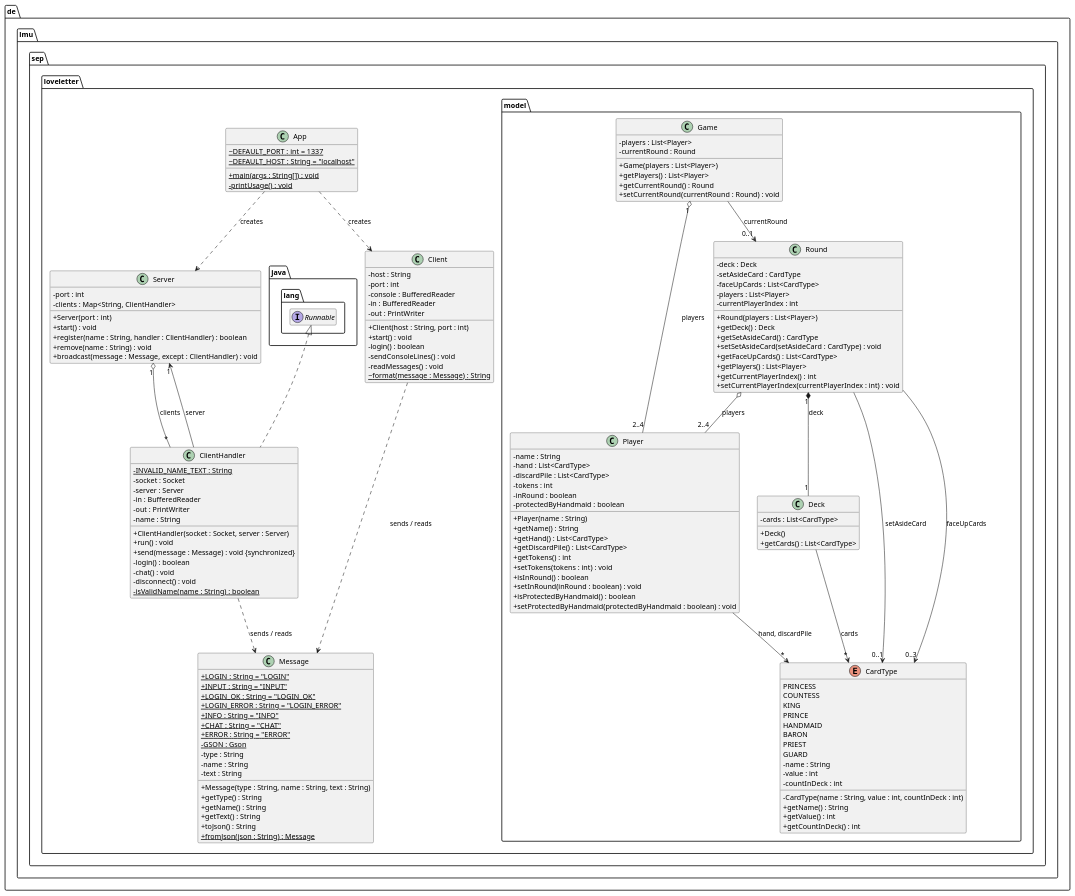
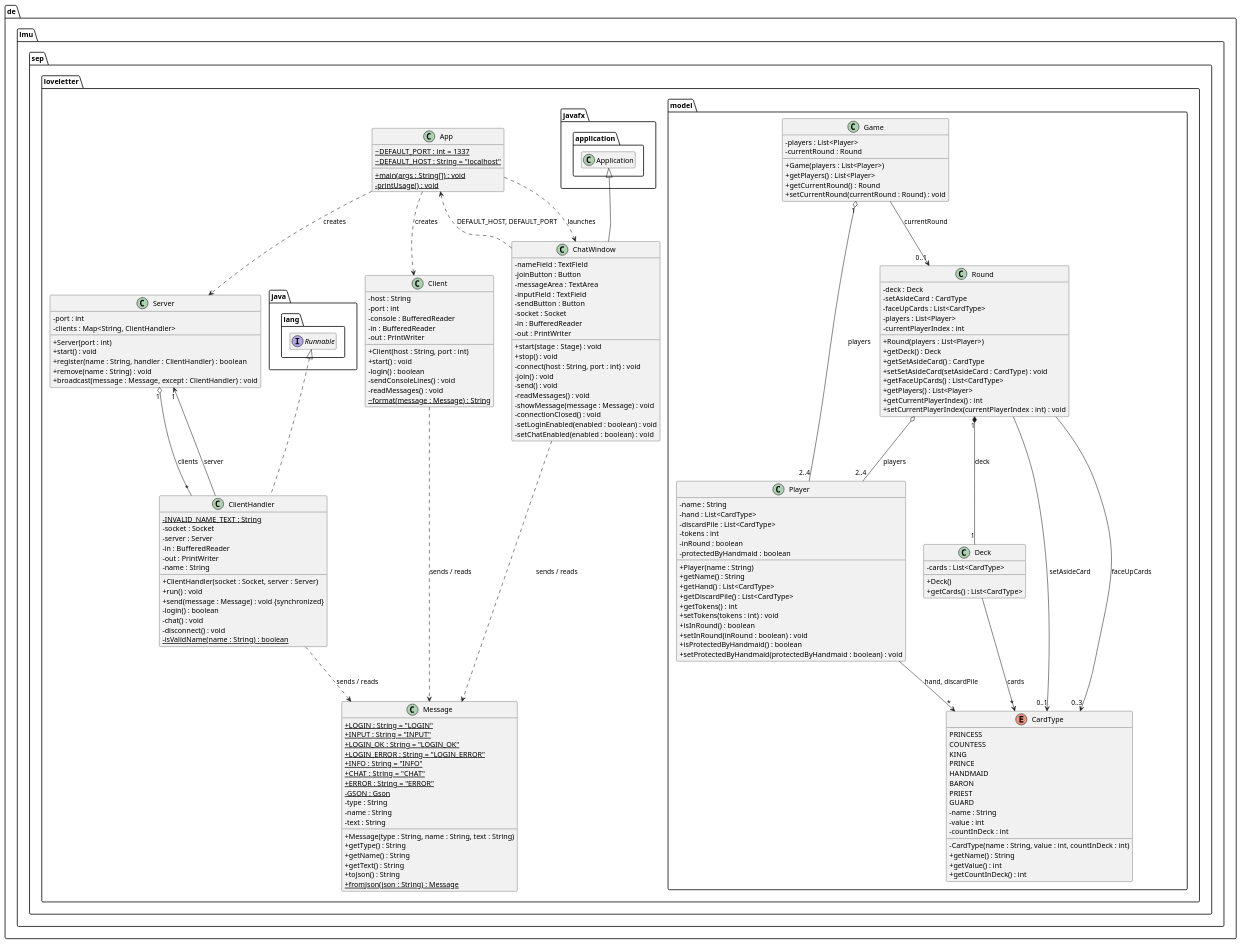
Before and after one commit to daithangngo/SEP-LoveLetter: the diagram in uml/classes.puml, drawn with PlantUML. The commit also changed 4 other files, not shown here.

Commit message:
Add JavaFX chat window as gui mode

```diff
--- a/uml/classes.puml
+++ b/uml/classes.puml
@@ -1,164 +1,188 @@
 @startuml classes
 ' Class diagram of the Love Letter pre-project. Matches the Java code in src/main/java.
 skinparam classAttributeIconSize 0
 hide empty members
 
 package de.lmu.sep.loveletter {
 
   class App {
     ~ {static} DEFAULT_PORT : int = 1337
     ~ {static} DEFAULT_HOST : String = "localhost"
     + {static} main(args : String[]) : void
     - {static} printUsage() : void
   }
 
   class Server {
     - port : int
     - clients : Map<String, ClientHandler>
     + Server(port : int)
     + start() : void
     + register(name : String, handler : ClientHandler) : boolean
     + remove(name : String) : void
     + broadcast(message : Message, except : ClientHandler) : void
   }
 
   class ClientHandler implements java.lang.Runnable {
     - {static} INVALID_NAME_TEXT : String
     - socket : Socket
     - server : Server
     - in : BufferedReader
     - out : PrintWriter
     - name : String
     + ClientHandler(socket : Socket, server : Server)
     + run() : void
     + send(message : Message) : void {synchronized}
     - login() : boolean
     - chat() : void
     - disconnect() : void
     - {static} isValidName(name : String) : boolean
   }
 
   class Client {
     - host : String
     - port : int
     - console : BufferedReader
     - in : BufferedReader
     - out : PrintWriter
     + Client(host : String, port : int)
     + start() : void
     - login() : boolean
     - sendConsoleLines() : void
     - readMessages() : void
     ~ {static} format(message : Message) : String
+  }
+
+  class ChatWindow extends javafx.application.Application {
+    - nameField : TextField
+    - joinButton : Button
+    - messageArea : TextArea
+    - inputField : TextField
+    - sendButton : Button
+    - socket : Socket
+    - in : BufferedReader
+    - out : PrintWriter
+    + start(stage : Stage) : void
+    + stop() : void
+    - connect(host : String, port : int) : void
+    - join() : void
+    - send() : void
+    - readMessages() : void
+    - showMessage(message : Message) : void
+    - connectionClosed() : void
+    - setLoginEnabled(enabled : boolean) : void
+    - setChatEnabled(enabled : boolean) : void
   }
 
   class Message {
     + {static} LOGIN : String = "LOGIN"
     + {static} INPUT : String = "INPUT"
     + {static} LOGIN_OK : String = "LOGIN_OK"
     + {static} LOGIN_ERROR : String = "LOGIN_ERROR"
     + {static} INFO : String = "INFO"
     + {static} CHAT : String = "CHAT"
     + {static} ERROR : String = "ERROR"
     - {static} GSON : Gson
     - type : String
     - name : String
     - text : String
     + Message(type : String, name : String, text : String)
     + getType() : String
     + getName() : String
     + getText() : String
     + toJson() : String
     + {static} fromJson(json : String) : Message
   }
 }
 
 package de.lmu.sep.loveletter.model {
 
   enum CardType {
     PRINCESS
     COUNTESS
     KING
     PRINCE
     HANDMAID
     BARON
     PRIEST
     GUARD
     - name : String
     - value : int
     - countInDeck : int
     - CardType(name : String, value : int, countInDeck : int)
     + getName() : String
     + getValue() : int
     + getCountInDeck() : int
   }
 
   class Deck {
     - cards : List<CardType>
     + Deck()
     + getCards() : List<CardType>
   }
 
   class Player {
     - name : String
     - hand : List<CardType>
     - discardPile : List<CardType>
     - tokens : int
     - inRound : boolean
     - protectedByHandmaid : boolean
     + Player(name : String)
     + getName() : String
     + getHand() : List<CardType>
     + getDiscardPile() : List<CardType>
     + getTokens() : int
     + setTokens(tokens : int) : void
     + isInRound() : boolean
     + setInRound(inRound : boolean) : void
     + isProtectedByHandmaid() : boolean
     + setProtectedByHandmaid(protectedByHandmaid : boolean) : void
   }
 
   class Round {
     - deck : Deck
     - setAsideCard : CardType
     - faceUpCards : List<CardType>
     - players : List<Player>
     - currentPlayerIndex : int
     + Round(players : List<Player>)
     + getDeck() : Deck
     + getSetAsideCard() : CardType
     + setSetAsideCard(setAsideCard : CardType) : void
     + getFaceUpCards() : List<CardType>
     + getPlayers() : List<Player>
     + getCurrentPlayerIndex() : int
     + setCurrentPlayerIndex(currentPlayerIndex : int) : void
   }
 
   class Game {
     - players : List<Player>
     - currentRound : Round
     + Game(players : List<Player>)
     + getPlayers() : List<Player>
     + getCurrentRound() : Round
     + setCurrentRound(currentRound : Round) : void
   }
 }
 
 ' Network
 App ..> Server : creates
 App ..> Client : creates
+App ..> ChatWindow : launches
 Server "1" o-- "*" ClientHandler : clients
 ClientHandler --> "1" Server : server
 ClientHandler ..> Message : sends / reads
 Client ..> Message : sends / reads
+ChatWindow ..> Message : sends / reads
+ChatWindow ..> App : DEFAULT_HOST, DEFAULT_PORT
 
 ' Model
 Game "1" o-- "2..4" Player : players
 Game --> "0..1" Round : currentRound
 Round "1" *-- "1" Deck : deck
 Round o-- "2..4" Player : players
 Round --> "0..1" CardType : setAsideCard
 Round --> "0..3" CardType : faceUpCards
 Player --> "*" CardType : hand, discardPile
 Deck --> "*" CardType : cards
 @enduml
```
